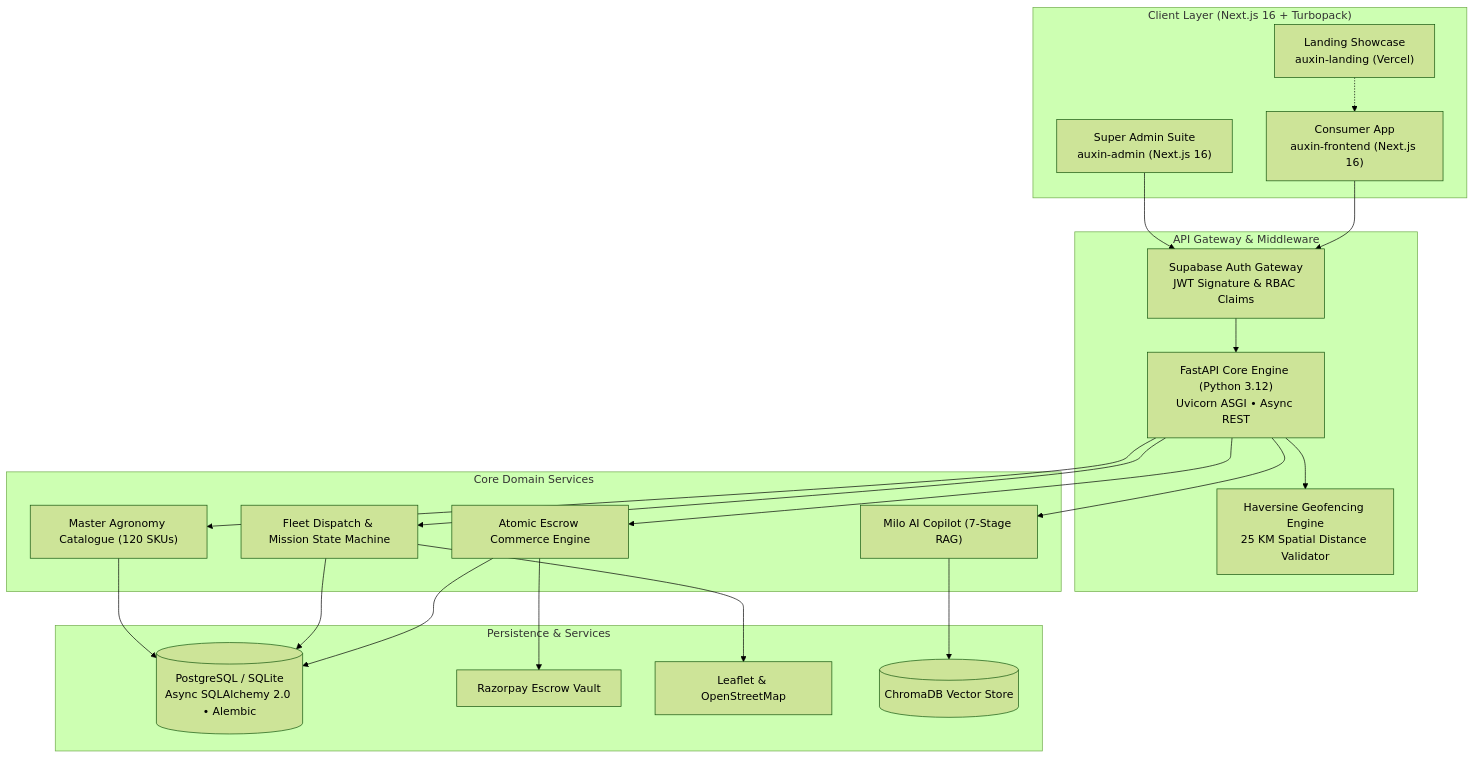
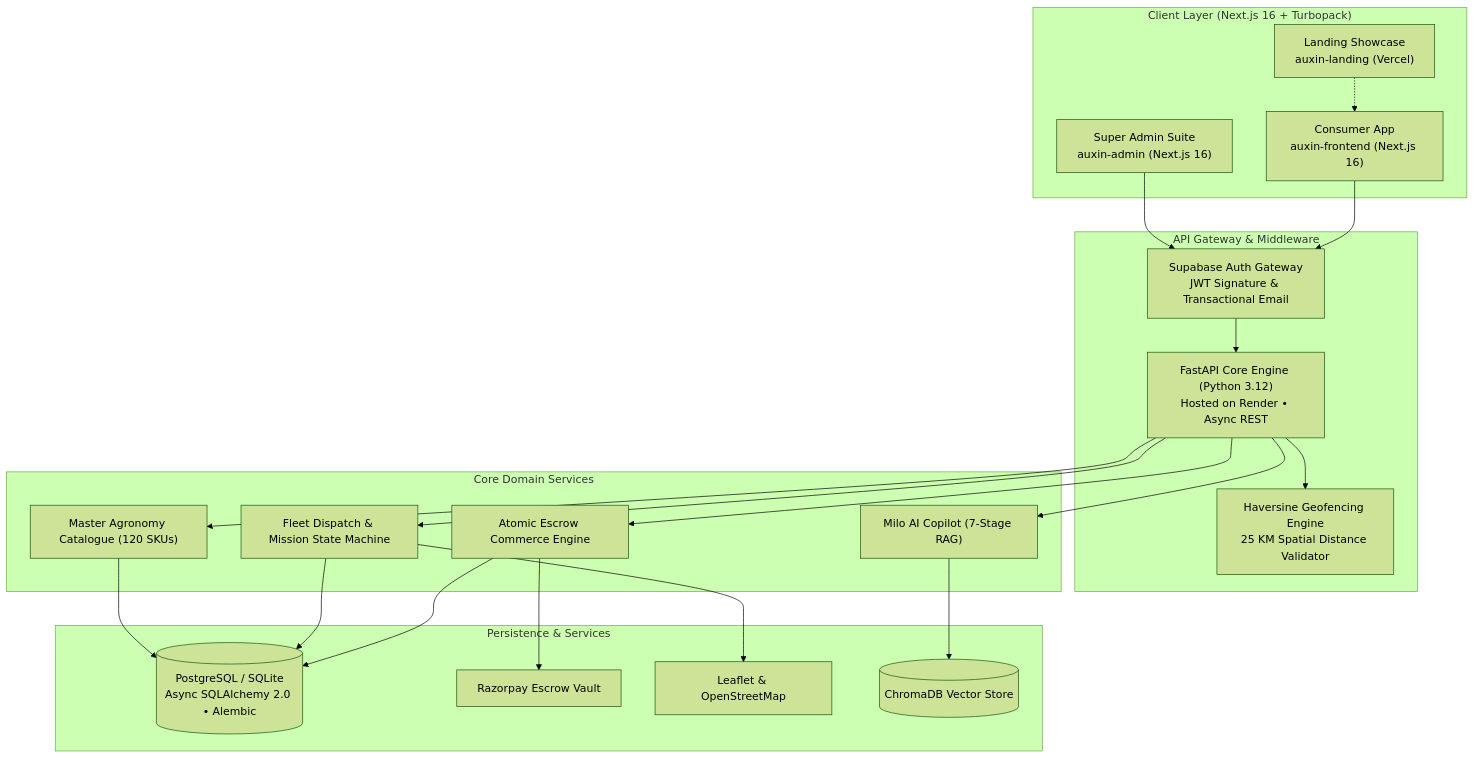
One commit to SumanthMamidi-MNS/Auxin changed the second of 2 diagrams in README.md. Above: the diagram before and after it, drawn with Mermaid (forest theme). The commit also changed other lines of this file and 1 other file, not shown here.

Commit message:
feat(docs): add interactive 5-design HTML showcase, integrate Render and Email badges, and add collapsible subparts to README

````diff
--- a/README.md
+++ b/README.md
@@ -264,45 +353,45 @@
 ```mermaid
 flowchart TB
     subgraph Clients["Client Layer (Next.js 16 + Turbopack)"]
         CL["Landing Showcase<br>auxin-landing (Vercel)"]
         CF["Consumer App<br>auxin-frontend (Next.js 16)"]
         CA["Super Admin Suite<br>auxin-admin (Next.js 16)"]
     end
 
     subgraph Gateway["API Gateway & Middleware"]
-        API["FastAPI Core Engine (Python 3.12)<br>Uvicorn ASGI • Async REST"]
-        AUTH["Supabase Auth Gateway<br>JWT Signature & RBAC Claims"]
+        API["FastAPI Core Engine (Python 3.12)<br>Hosted on Render • Async REST"]
+        AUTH["Supabase Auth Gateway<br>JWT Signature & Transactional Email"]
         GEO["Haversine Geofencing Engine<br>25 KM Spatial Distance Validator"]
     end
 
     subgraph Services["Core Domain Services"]
         ORD["Atomic Escrow Commerce Engine"]
         DEL["Fleet Dispatch & Mission State Machine"]
         CAT["Master Agronomy Catalogue (120 SKUs)"]
         MILO["Milo AI Copilot (7-Stage RAG)"]
     end
 
     subgraph Data["Persistence & Services"]
         DB[(PostgreSQL / SQLite<br>Async SQLAlchemy 2.0 • Alembic)]
         RP["Razorpay Escrow Vault"]
         OSM["Leaflet & OpenStreetMap"]
         VEC[(ChromaDB Vector Store)]
     end
 
     CL -.-> CF
     CF --> AUTH
     CA --> AUTH
     AUTH --> API
     API --> GEO
     API --> ORD
     API --> DEL
     API --> CAT
     API --> MILO
 
     ORD --> DB
     ORD --> RP
     DEL --> DB
     DEL --> OSM
     CAT --> DB
     MILO --> VEC
 ```
````
